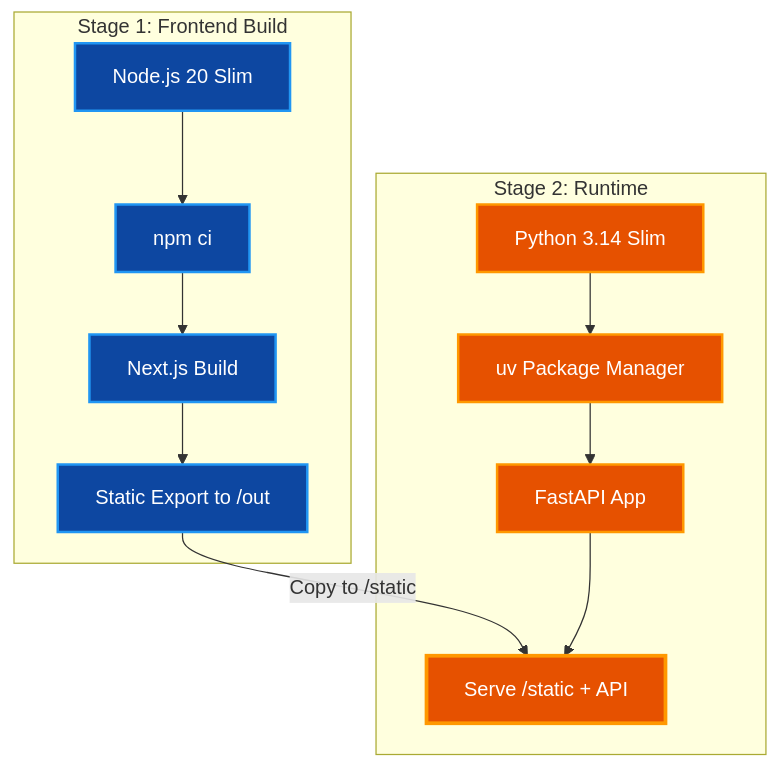
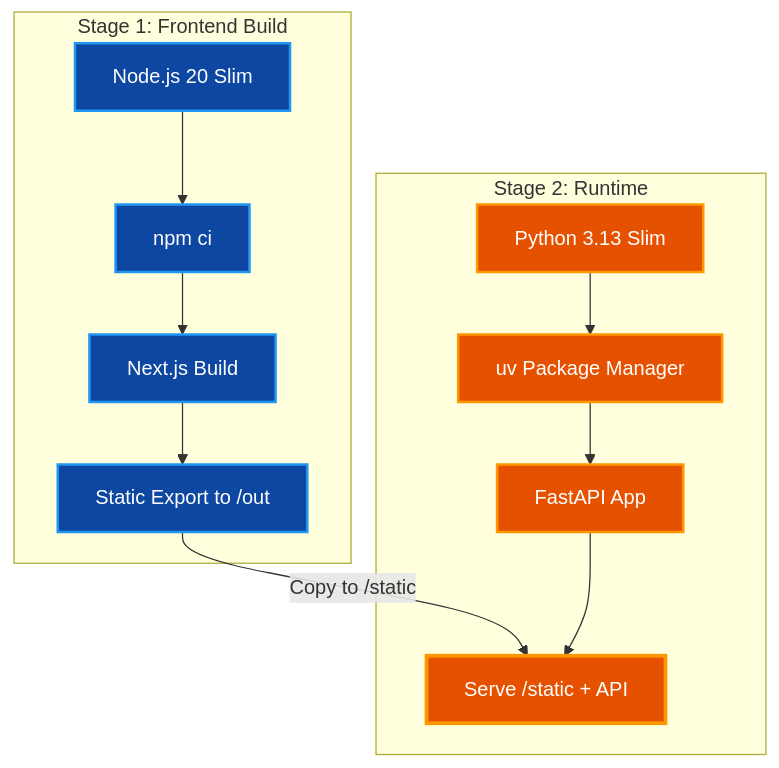
One commit to masayanz/claude-office changed the third of 3 diagrams in docs/DOCKER.md. Above: the diagram before and after it, drawn with Mermaid. The commit also changed other lines of this file and 11 other files, not shown here.

````diff
--- a/docs/DOCKER.md
+++ b/docs/DOCKER.md
@@ -149,29 +149,29 @@
 ```mermaid
 graph TD
     subgraph "Stage 1: Frontend Build"
         Node[Node.js 20 Slim]
         NPM[npm ci]
         Build[Next.js Build]
         Static[Static Export to /out]
     end
 
     subgraph "Stage 2: Runtime"
-        Python[Python 3.14 Slim]
+        Python[Python 3.13 Slim]
         UV[uv Package Manager]
         FastAPI[FastAPI App]
         Serve[Serve /static + API]
     end
 
     Node --> NPM --> Build --> Static
     Static -->|Copy to /static| Serve
     Python --> UV --> FastAPI --> Serve
 
     style Node fill:#0d47a1,stroke:#2196f3,stroke-width:2px,color:#ffffff
     style NPM fill:#0d47a1,stroke:#2196f3,stroke-width:2px,color:#ffffff
     style Build fill:#0d47a1,stroke:#2196f3,stroke-width:2px,color:#ffffff
     style Static fill:#0d47a1,stroke:#2196f3,stroke-width:2px,color:#ffffff
     style Python fill:#e65100,stroke:#ff9800,stroke-width:2px,color:#ffffff
     style UV fill:#e65100,stroke:#ff9800,stroke-width:2px,color:#ffffff
     style FastAPI fill:#e65100,stroke:#ff9800,stroke-width:2px,color:#ffffff
     style Serve fill:#e65100,stroke:#ff9800,stroke-width:3px,color:#ffffff
 ```
````
